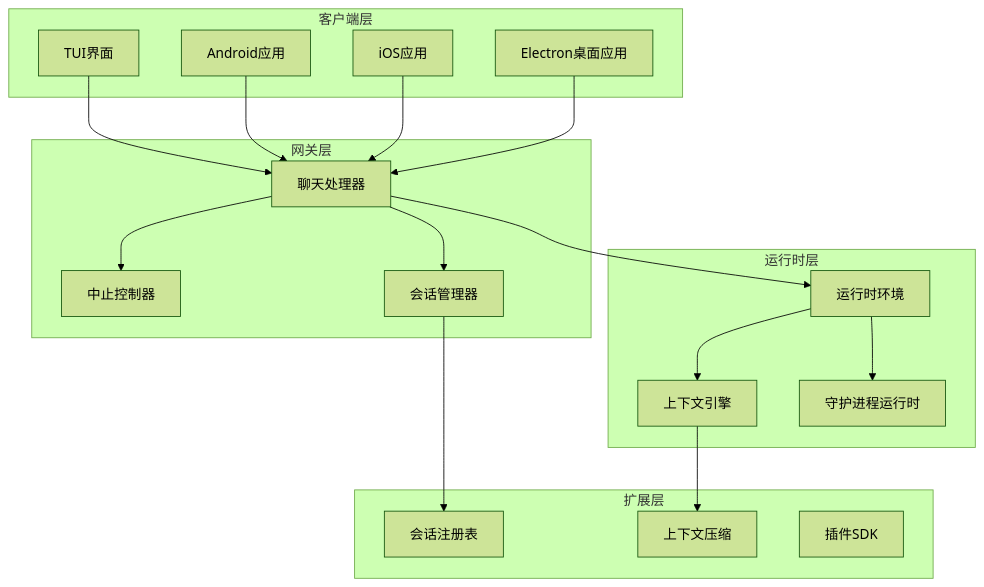
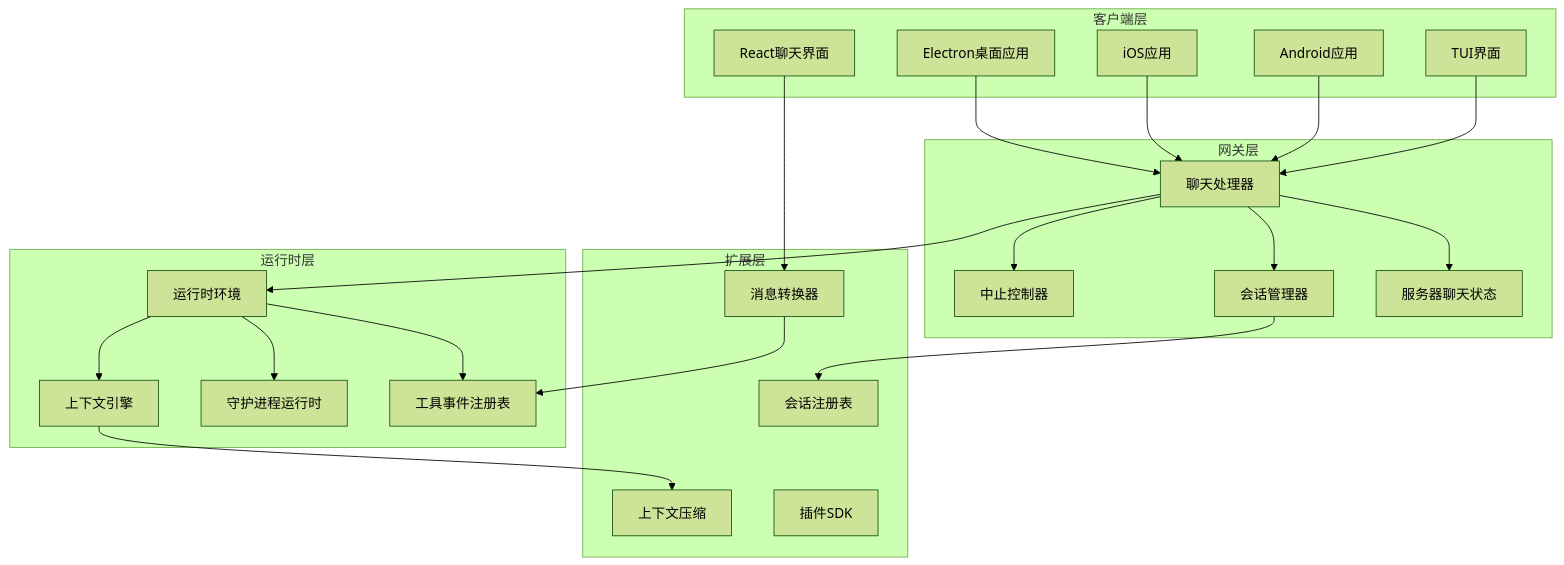
Before and after one commit to verse-ai-org/openclaw: the first of 15 diagrams in .qoder/repowiki/zh/content/Web界面/WebChat界面/聊天运行时提供者增强.md, drawn with Mermaid (forest theme). The commit also changed other lines of this file and 23 other files, not shown here.

````diff
--- a/.qoder/repowiki/zh/content/Web界面/WebChat界面/聊天运行时提供者增强.md
+++ b/.qoder/repowiki/zh/content/Web界面/WebChat界面/聊天运行时提供者增强.md
@@ -38,35 +53,43 @@
 ```mermaid
 graph TB
 subgraph "客户端层"
 TUI[TUI界面]
 Android[Android应用]
 iOS[iOS应用]
 Electron[Electron桌面应用]
+ReactUI[React聊天界面]
 end
 subgraph "网关层"
 ChatHandlers[聊天处理器]
 AbortController[中止控制器]
 SessionManager[会话管理器]
+ServerChat[服务器聊天状态]
 end
 subgraph "运行时层"
 RuntimeEnv[运行时环境]
 ContextEngine[上下文引擎]
 DaemonRuntime[守护进程运行时]
+ToolEventRegistry[工具事件注册表]
 end
 subgraph "扩展层"
 SessionRegistry[会话注册表]
 ContextPruning[上下文压缩]
 PluginSDK[插件SDK]
+MessageConverter[消息转换器]
 end
 TUI --> ChatHandlers
 Android --> ChatHandlers
 iOS --> ChatHandlers
 Electron --> ChatHandlers
+ReactUI --> MessageConverter
 ChatHandlers --> AbortController
 ChatHandlers --> SessionManager
+ChatHandlers --> ServerChat
 ChatHandlers --> RuntimeEnv
 RuntimeEnv --> ContextEngine
 RuntimeEnv --> DaemonRuntime
+RuntimeEnv --> ToolEventRegistry
 SessionManager --> SessionRegistry
 ContextEngine --> ContextPruning
+MessageConverter --> ToolEventRegistry
 ```
````
